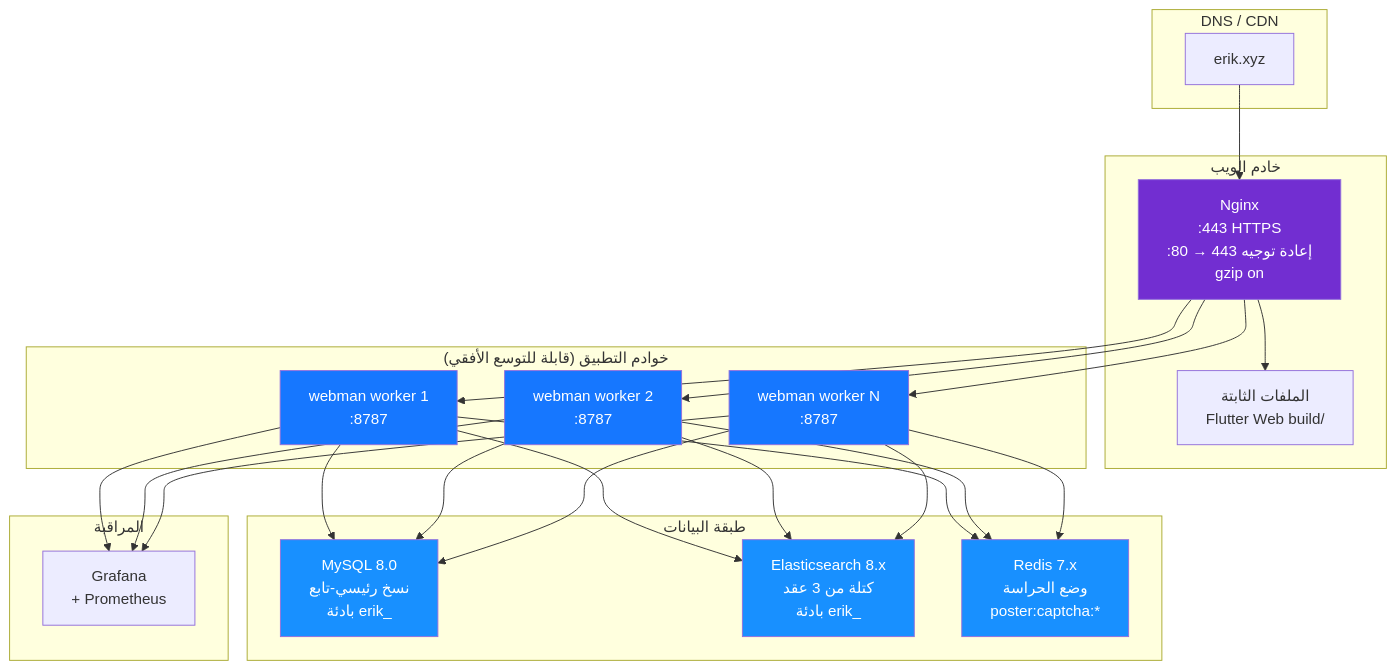
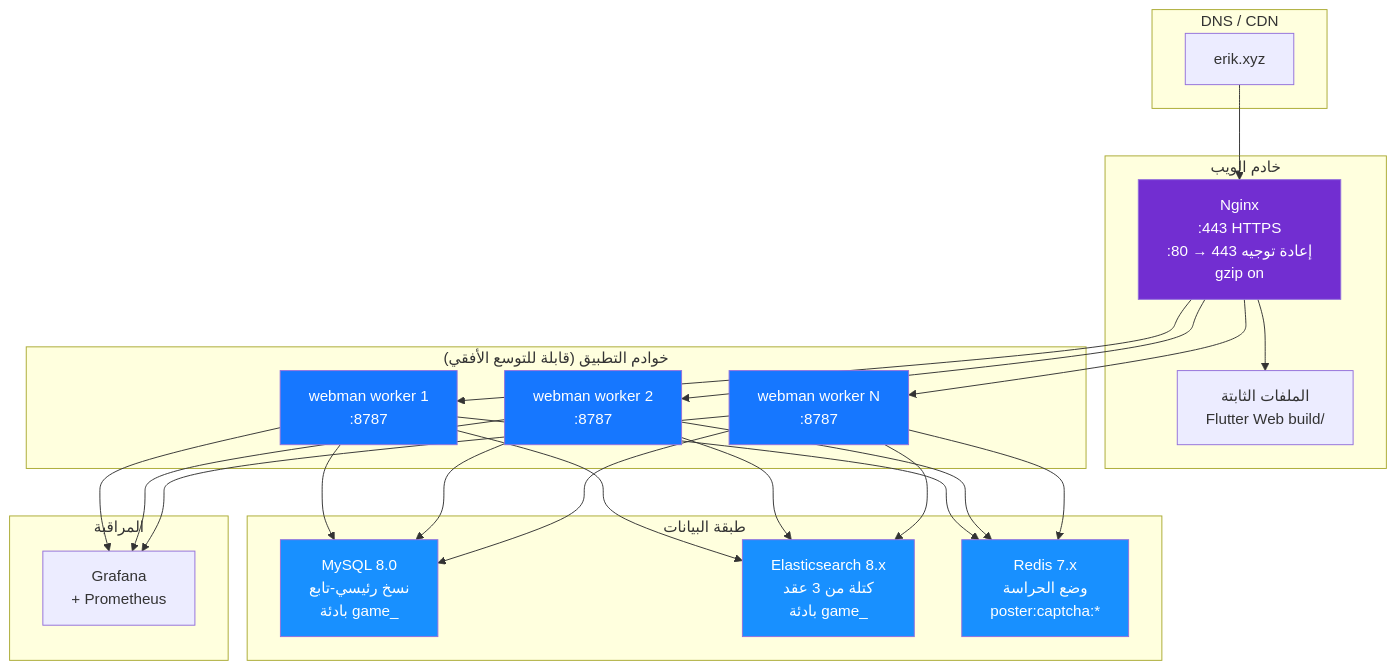
Diagram 14 of 14 in admin/docs/ARCHITECTURE.ar.md (erikwang2013/game-platform-php), drawn with Mermaid before and after one commit. The commit also changed other lines of this file and 345 other files, not shown here.

````diff
--- a/admin/docs/ARCHITECTURE.ar.md
+++ b/admin/docs/ARCHITECTURE.ar.md
@@ -660,43 +660,43 @@
 ```mermaid
 flowchart TB
     subgraph "DNS / CDN"
         DNS["erik.xyz"]
     end
 
     subgraph "خادم الويب"
         NGX["Nginx<br/>:443 HTTPS<br/>:80 → إعادة توجيه 443<br/>gzip on"]
         STA["الملفات الثابتة<br/>Flutter Web build/"]
     end
 
     subgraph "خوادم التطبيق (قابلة للتوسع الأفقي)"
         WM1["webman worker 1<br/>:8787"]
         WM2["webman worker 2<br/>:8787"]
         WM3["webman worker N<br/>:8787"]
     end
 
     subgraph "طبقة البيانات"
-        MYSQL["MySQL 8.0<br/>نسخ رئيسي-تابع<br/>بادئة erik_"]
-        ES["Elasticsearch 8.x<br/>كتلة من 3 عقد<br/>بادئة erik_"]
+        MYSQL["MySQL 8.0<br/>نسخ رئيسي-تابع<br/>بادئة game_"]
+        ES["Elasticsearch 8.x<br/>كتلة من 3 عقد<br/>بادئة game_"]
         REDIS["Redis 7.x<br/>وضع الحراسة<br/>poster:captcha:*"]
     end
 
     subgraph "المراقبة"
         MON["Grafana<br/>+ Prometheus"]
     end
 
     DNS --> NGX
     NGX --> STA
     NGX --> WM1 & WM2 & WM3
     WM1 & WM2 & WM3 --> MYSQL
     WM1 & WM2 & WM3 --> ES
     WM1 & WM2 & WM3 --> REDIS
     WM1 & WM2 & WM3 --> MON
 
     style NGX fill:#722ED1,color:#fff
     style WM1 fill:#1677FF,color:#fff
     style WM2 fill:#1677FF,color:#fff
     style WM3 fill:#1677FF,color:#fff
     style MYSQL fill:#1890FF,color:#fff
     style ES fill:#1890FF,color:#fff
     style REDIS fill:#1890FF,color:#fff
 ```
````
